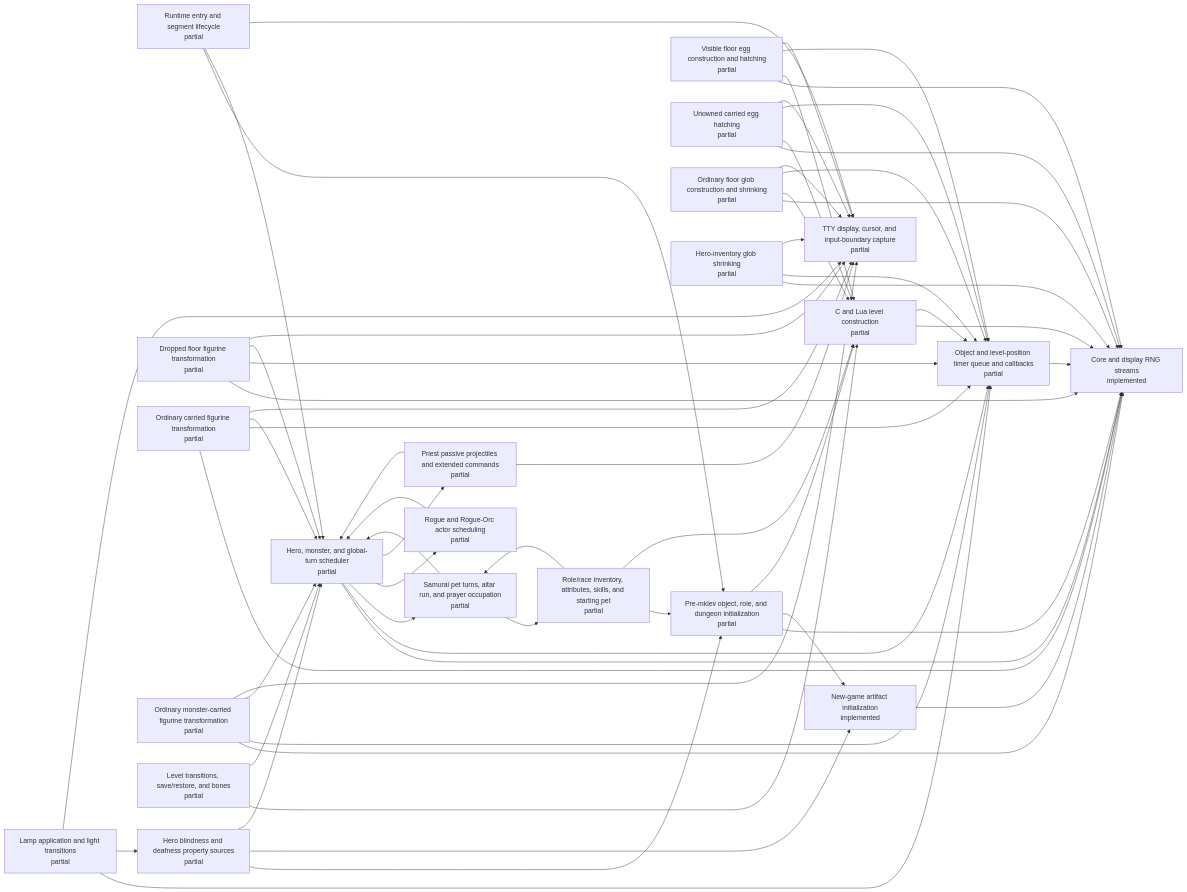
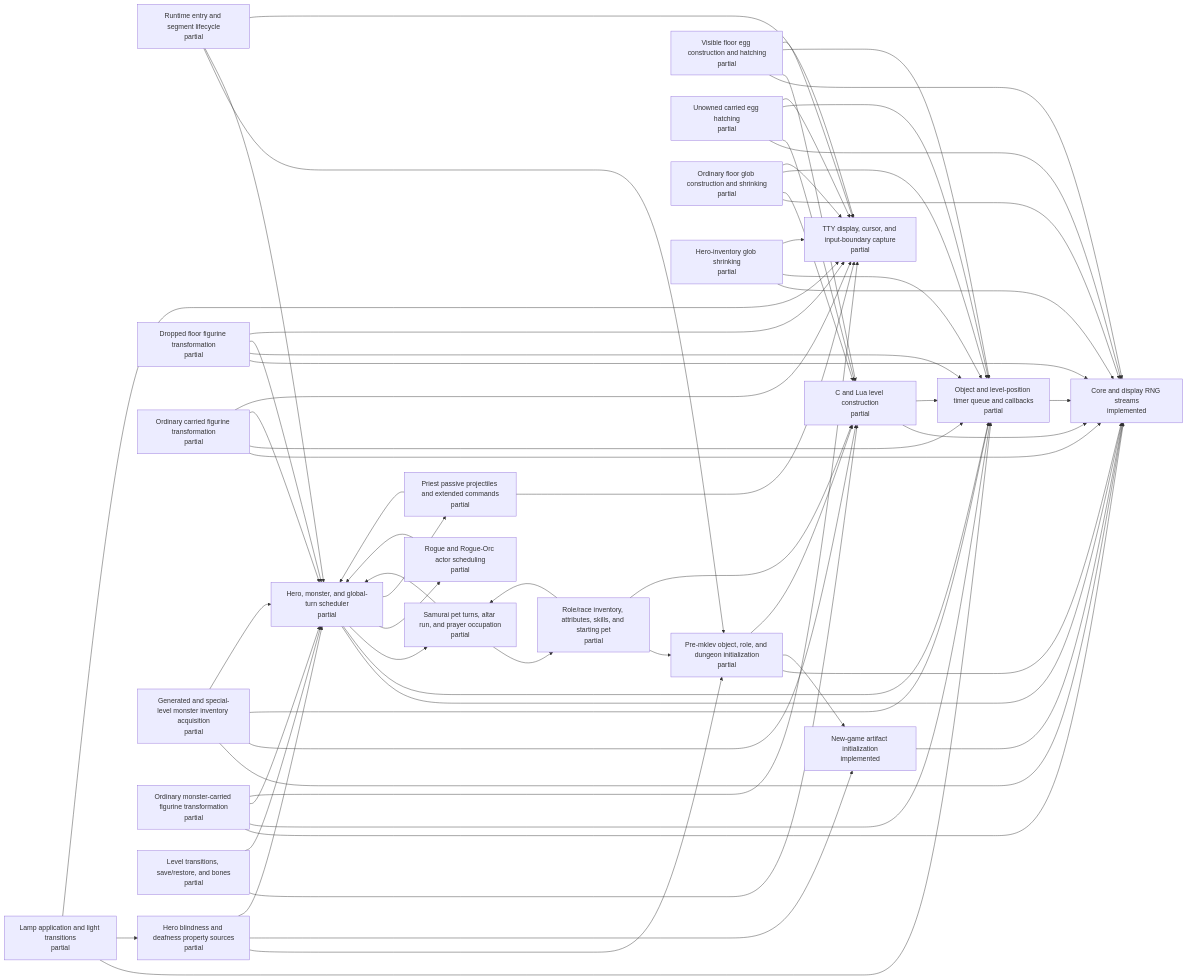
One commit to daoa0601/teleport-contest changed the diagram in docs/architecture/c-lua-ownership.generated.md. Above: the diagram before and after it, drawn with Mermaid. The commit also changed other lines of this file and 3 other files, not shown here.

Commit message:
Record generated monster inventory ownership

```diff
--- a/docs/architecture/c-lua-ownership.generated.md
+++ b/docs/architecture/c-lua-ownership.generated.md
@@ -24,6 +24,7 @@
     n_inventory_glob_shrinking["Hero-inventory glob shrinking<br/>partial"]
     n_floor_figurine_transform["Dropped floor figurine transformation<br/>partial"]
     n_carried_figurine_transform["Ordinary carried figurine transformation<br/>partial"]
+    n_generated_monster_inventory["Generated and special-level monster inventory acquisition<br/>partial"]
     n_monster_figurine_transform["Ordinary monster-carried figurine transformation<br/>partial"]
     n_timed_lamp_application["Lamp application and light transitions<br/>partial"]
     n_turn_scheduler["Hero, monster, and global-turn scheduler<br/>partial"]
@@ -71,6 +72,10 @@
     n_carried_figurine_transform --> n_object_timer_queue
     n_carried_figurine_transform --> n_turn_scheduler
     n_carried_figurine_transform --> n_tty_display
+    n_generated_monster_inventory --> n_rng_core
+    n_generated_monster_inventory --> n_level_generation
+    n_generated_monster_inventory --> n_object_timer_queue
+    n_generated_monster_inventory --> n_turn_scheduler
     n_monster_figurine_transform --> n_rng_core
     n_monster_figurine_transform --> n_object_timer_queue
     n_monster_figurine_transform --> n_turn_scheduler
```
